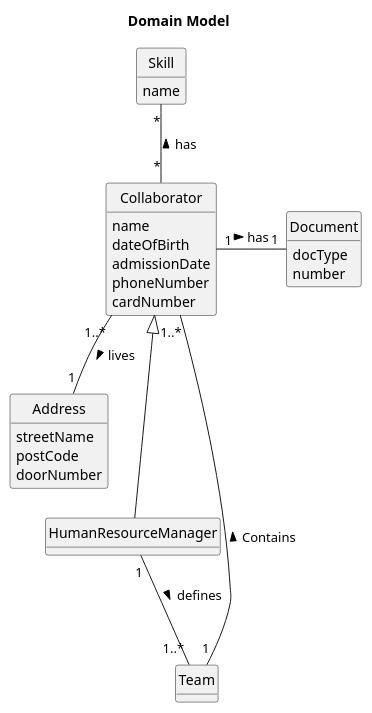
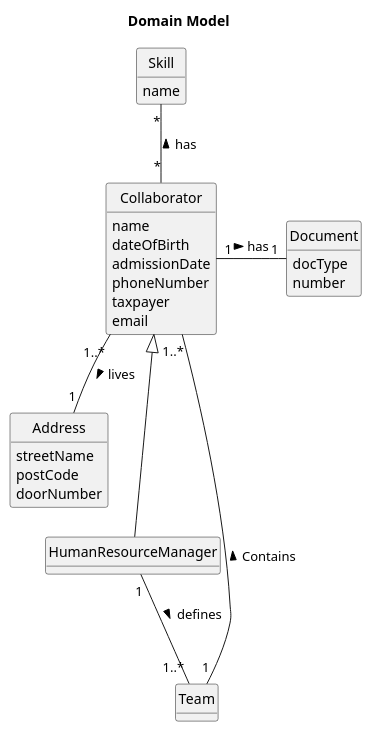
The diagram in docs/sprint2/us05/02.analysis/puml/us05-domain-model.puml (Departamento-de-Engenharia-Informatica/lei-24-s2-1db-g022), drawn with PlantUML before and after one commit. The commit also changed 3 other files, not shown here.

```diff
--- a/docs/sprint2/us05/02.analysis/puml/us05-domain-model.puml
+++ b/docs/sprint2/us05/02.analysis/puml/us05-domain-model.puml
@@ -1,53 +1,54 @@
 @startuml
 skinparam monochrome true
 skinparam packageStyle rectangle
 skinparam shadowing false
 skinparam classAttributeIconSize 0
 hide circle
 hide methods
 
 title Domain Model
 
 class Collaborator {
     name
     dateOfBirth
     admissionDate
     phoneNumber
-    cardNumber
+    taxpayer
+    email
 }
 
 class Document{
     docType
     number
 }
 
 class Address {
     streetName
     postCode
     doorNumber
 }
 
 class HumanResourceManager {
 }
 
 class Team{
 }
 
 class Skill{
     name
 }
 
 Collaborator "1" - "1" Document : has >
 
 Collaborator "1..*" -- "1" Address : lives >
 
 
 Collaborator  <|--  HumanResourceManager
 
 HumanResourceManager "1" -- "1..*" Team : defines >
 
 Collaborator "1..*" ---- "1" Team : Contains <
 
 Skill "*" -- "*" Collaborator : has <
 
 @enduml
```
